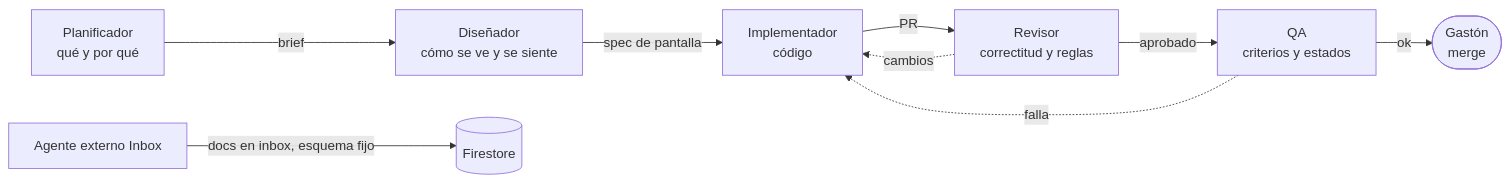
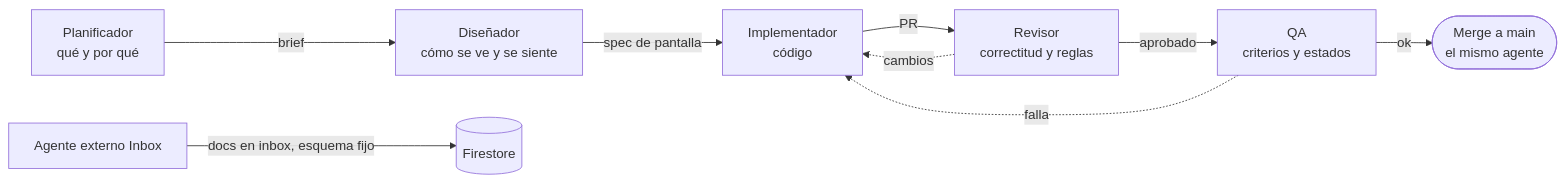
Before and after one commit to ElGringoi/miAppEstudio: the diagram in docs/CONTRATO-AGENTES.md, drawn with Mermaid. The commit also changed other lines of this file and 3 other files, not shown here.

````diff
--- a/docs/CONTRATO-AGENTES.md
+++ b/docs/CONTRATO-AGENTES.md
@@ -22,11 +22,11 @@
 ```mermaid
 flowchart LR
   P["Planificador<br/>qué y por qué"] -->|brief| D["Diseñador<br/>cómo se ve y se siente"]
   D -->|spec de pantalla| I["Implementador<br/>código"]
   I -->|PR| R["Revisor<br/>correctitud y reglas"]
   R -->|aprobado| Q["QA<br/>criterios y estados"]
-  Q -->|ok| G(["Gastón<br/>merge"])
+  Q -->|ok| G(["Merge a main<br/>el mismo agente"])
   R -.->|cambios| I
   Q -.->|falla| I
   AX["Agente externo Inbox"] -->|"docs en inbox, esquema fijo"| FS[("Firestore")]
 ```
````
